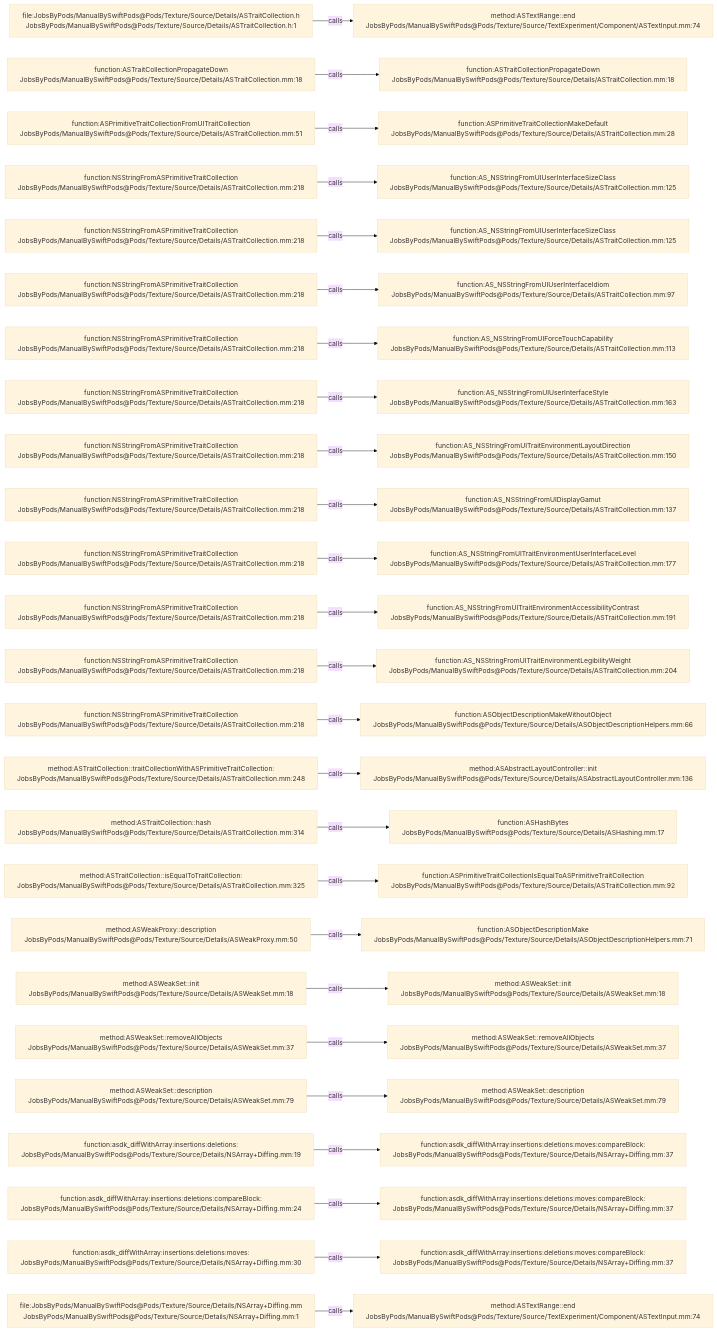
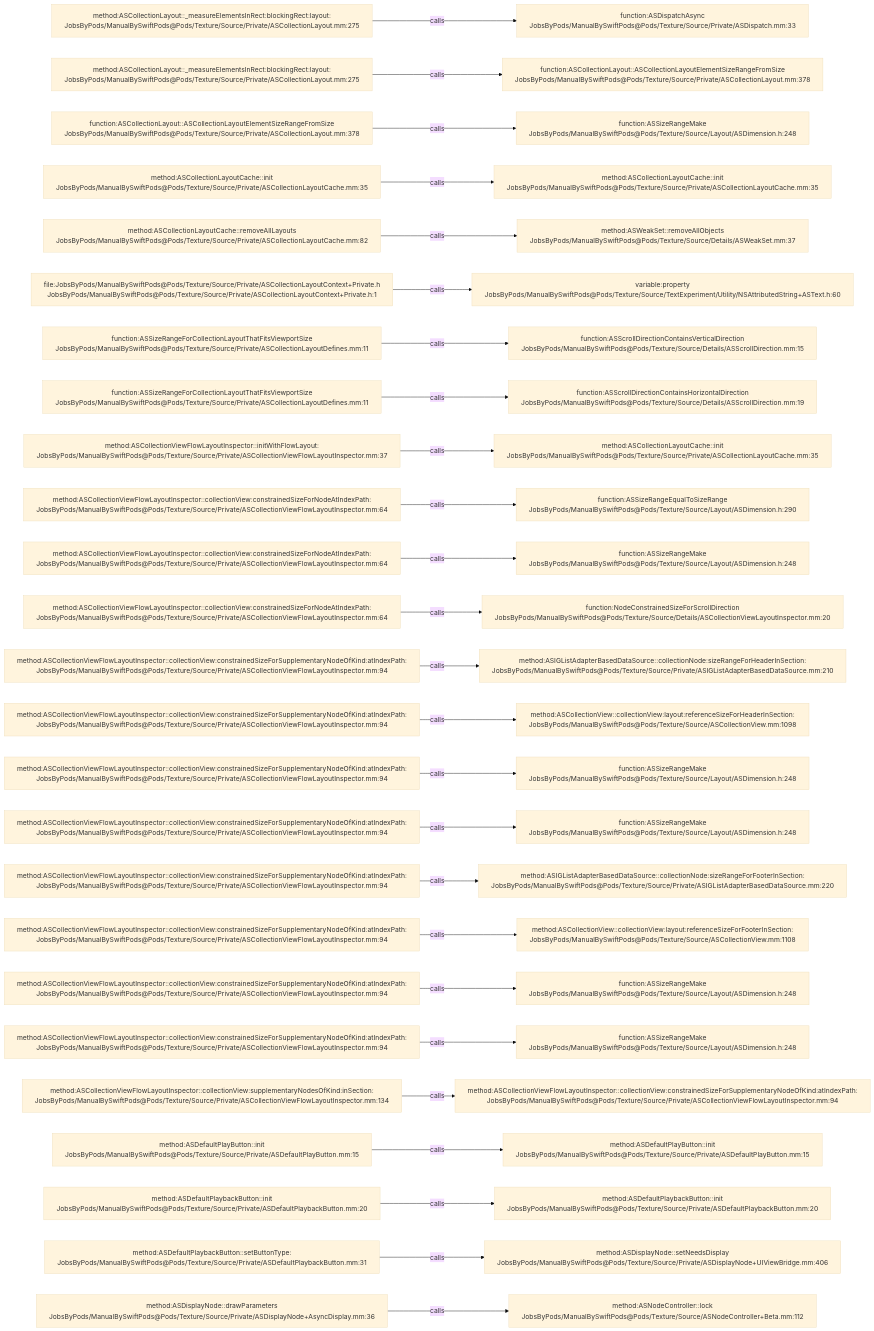
Before and after one commit to JobsKits/JobsSwiftBaseConfigDemo: the diagram in .codegraph/codegraph.md/graphs/calls-116.md, drawn with Mermaid (base theme). The commit also changed 832 other files, not shown here.

````diff
--- a/.codegraph/codegraph.md/graphs/calls-116.md
+++ b/.codegraph/codegraph.md/graphs/calls-116.md
@@ -13,78 +13,78 @@
 ```mermaid
 flowchart LR
-  S1["file:JobsByPods/ManualBySwiftPods@Pods/Texture/Source/Details/ASTraitCollection.h<br/>JobsByPods/ManualBySwiftPods@Pods/Texture/Source/Details/ASTraitCollection.h:1"]
-  T1["method:ASTextRange::end<br/>JobsByPods/ManualBySwiftPods@Pods/Texture/Source/TextExperiment/Component/ASTextInput.mm:74"]
+  S1["method:ASCollectionLayout::_measureElementsInRect:blockingRect:layout:<br/>JobsByPods/ManualBySwiftPods@Pods/Texture/Source/Private/ASCollectionLayout.mm:275"]
+  T1["function:ASDispatchAsync<br/>JobsByPods/ManualBySwiftPods@Pods/Texture/Source/Private/ASDispatch.mm:33"]
   S1 -->|calls| T1
-  S2["function:ASTraitCollectionPropagateDown<br/>JobsByPods/ManualBySwiftPods@Pods/Texture/Source/Details/ASTraitCollection.mm:18"]
-  T2["function:ASTraitCollectionPropagateDown<br/>JobsByPods/ManualBySwiftPods@Pods/Texture/Source/Details/ASTraitCollection.mm:18"]
+  S2["method:ASCollectionLayout::_measureElementsInRect:blockingRect:layout:<br/>JobsByPods/ManualBySwiftPods@Pods/Texture/Source/Private/ASCollectionLayout.mm:275"]
+  T2["function:ASCollectionLayout::ASCollectionLayoutElementSizeRangeFromSize<br/>JobsByPods/ManualBySwiftPods@Pods/Texture/Source/Private/ASCollectionLayout.mm:378"]
   S2 -->|calls| T2
-  S3["function:ASPrimitiveTraitCollectionFromUITraitCollection<br/>JobsByPods/ManualBySwiftPods@Pods/Texture/Source/Details/ASTraitCollection.mm:51"]
-  T3["function:ASPrimitiveTraitCollectionMakeDefault<br/>JobsByPods/ManualBySwiftPods@Pods/Texture/Source/Details/ASTraitCollection.mm:28"]
+  S3["function:ASCollectionLayout::ASCollectionLayoutElementSizeRangeFromSize<br/>JobsByPods/ManualBySwiftPods@Pods/Texture/Source/Private/ASCollectionLayout.mm:378"]
+  T3["function:ASSizeRangeMake<br/>JobsByPods/ManualBySwiftPods@Pods/Texture/Source/Layout/ASDimension.h:248"]
   S3 -->|calls| T3
-  S4["function:NSStringFromASPrimitiveTraitCollection<br/>JobsByPods/ManualBySwiftPods@Pods/Texture/Source/Details/ASTraitCollection.mm:218"]
-  T4["function:AS_NSStringFromUIUserInterfaceSizeClass<br/>JobsByPods/ManualBySwiftPods@Pods/Texture/Source/Details/ASTraitCollection.mm:125"]
+  S4["method:ASCollectionLayoutCache::init<br/>JobsByPods/ManualBySwiftPods@Pods/Texture/Source/Private/ASCollectionLayoutCache.mm:35"]
+  T4["method:ASCollectionLayoutCache::init<br/>JobsByPods/ManualBySwiftPods@Pods/Texture/Source/Private/ASCollectionLayoutCache.mm:35"]
   S4 -->|calls| T4
-  S5["function:NSStringFromASPrimitiveTraitCollection<br/>JobsByPods/ManualBySwiftPods@Pods/Texture/Source/Details/ASTraitCollection.mm:218"]
-  T5["function:AS_NSStringFromUIUserInterfaceSizeClass<br/>JobsByPods/ManualBySwiftPods@Pods/Texture/Source/Details/ASTraitCollection.mm:125"]
+  S5["method:ASCollectionLayoutCache::removeAllLayouts<br/>JobsByPods/ManualBySwiftPods@Pods/Texture/Source/Private/ASCollectionLayoutCache.mm:82"]
+  T5["method:ASWeakSet::removeAllObjects<br/>JobsByPods/ManualBySwiftPods@Pods/Texture/Source/Details/ASWeakSet.mm:37"]
   S5 -->|calls| T5
-  S6["function:NSStringFromASPrimitiveTraitCollection<br/>JobsByPods/ManualBySwiftPods@Pods/Texture/Source/Details/ASTraitCollection.mm:218"]
-  T6["function:AS_NSStringFromUIUserInterfaceIdiom<br/>JobsByPods/ManualBySwiftPods@Pods/Texture/Source/Details/ASTraitCollection.mm:97"]
+  S6["file:JobsByPods/ManualBySwiftPods@Pods/Texture/Source/Private/ASCollectionLayoutContext+Private.h<br/>JobsByPods/ManualBySwiftPods@Pods/Texture/Source/Private/ASCollectionLayoutContext+Private.h:1"]
+  T6["variable:property<br/>JobsByPods/ManualBySwiftPods@Pods/Texture/Source/TextExperiment/Utility/NSAttributedString+ASText.h:60"]
   S6 -->|calls| T6
-  S7["function:NSStringFromASPrimitiveTraitCollection<br/>JobsByPods/ManualBySwiftPods@Pods/Texture/Source/Details/ASTraitCollection.mm:218"]
-  T7["function:AS_NSStringFromUIForceTouchCapability<br/>JobsByPods/ManualBySwiftPods@Pods/Texture/Source/Details/ASTraitCollection.mm:113"]
+  S7["function:ASSizeRangeForCollectionLayoutThatFitsViewportSize<br/>JobsByPods/ManualBySwiftPods@Pods/Texture/Source/Private/ASCollectionLayoutDefines.mm:11"]
+  T7["function:ASScrollDirectionContainsVerticalDirection<br/>JobsByPods/ManualBySwiftPods@Pods/Texture/Source/Details/ASScrollDirection.mm:15"]
   S7 -->|calls| T7
-  S8["function:NSStringFromASPrimitiveTraitCollection<br/>JobsByPods/ManualBySwiftPods@Pods/Texture/Source/Details/ASTraitCollection.mm:218"]
-  T8["function:AS_NSStringFromUIUserInterfaceStyle<br/>JobsByPods/ManualBySwiftPods@Pods/Texture/Source/Details/ASTraitCollection.mm:163"]
+  S8["function:ASSizeRangeForCollectionLayoutThatFitsViewportSize<br/>JobsByPods/ManualBySwiftPods@Pods/Texture/Source/Private/ASCollectionLayoutDefines.mm:11"]
+  T8["function:ASScrollDirectionContainsHorizontalDirection<br/>JobsByPods/ManualBySwiftPods@Pods/Texture/Source/Details/ASScrollDirection.mm:19"]
   S8 -->|calls| T8
-  S9["function:NSStringFromASPrimitiveTraitCollection<br/>JobsByPods/ManualBySwiftPods@Pods/Texture/Source/Details/ASTraitCollection.mm:218"]
-  T9["function:AS_NSStringFromUITraitEnvironmentLayoutDirection<br/>JobsByPods/ManualBySwiftPods@Pods/Texture/Source/Details/ASTraitCollection.mm:150"]
+  S9["method:ASCollectionViewFlowLayoutInspector::initWithFlowLayout:<br/>JobsByPods/ManualBySwiftPods@Pods/Texture/Source/Private/ASCollectionViewFlowLayoutInspector.mm:37"]
+  T9["method:ASCollectionLayoutCache::init<br/>JobsByPods/ManualBySwiftPods@Pods/Texture/Source/Private/ASCollectionLayoutCache.mm:35"]
   S9 -->|calls| T9
-  S10["function:NSStringFromASPrimitiveTraitCollection<br/>JobsByPods/ManualBySwiftPods@Pods/Texture/Source/Details/ASTraitCollection.mm:218"]
-  T10["function:AS_NSStringFromUIDisplayGamut<br/>JobsByPods/ManualBySwiftPods@Pods/Texture/Source/Details/ASTraitCollection.mm:137"]
+  S10["method:ASCollectionViewFlowLayoutInspector::collectionView:constrainedSizeForNodeAtIndexPath:<br/>JobsByPods/ManualBySwiftPods@Pods/Texture/Source/Private/ASCollectionViewFlowLayoutInspector.mm:64"]
+  T10["function:ASSizeRangeEqualToSizeRange<br/>JobsByPods/ManualBySwiftPods@Pods/Texture/Source/Layout/ASDimension.h:290"]
   S10 -->|calls| T10
-  S11["function:NSStringFromASPrimitiveTraitCollection<br/>JobsByPods/ManualBySwiftPods@Pods/Texture/Source/Details/ASTraitCollection.mm:218"]
-  T11["function:AS_NSStringFromUITraitEnvironmentUserInterfaceLevel<br/>JobsByPods/ManualBySwiftPods@Pods/Texture/Source/Details/ASTraitCollection.mm:177"]
+  S11["method:ASCollectionViewFlowLayoutInspector::collectionView:constrainedSizeForNodeAtIndexPath:<br/>JobsByPods/ManualBySwiftPods@Pods/Texture/Source/Private/ASCollectionViewFlowLayoutInspector.mm:64"]
+  T11["function:ASSizeRangeMake<br/>JobsByPods/ManualBySwiftPods@Pods/Texture/Source/Layout/ASDimension.h:248"]
   S11 -->|calls| T11
-  S12["function:NSStringFromASPrimitiveTraitCollection<br/>JobsByPods/ManualBySwiftPods@Pods/Texture/Source/Details/ASTraitCollection.mm:218"]
-  T12["function:AS_NSStringFromUITraitEnvironmentAccessibilityContrast<br/>JobsByPods/ManualBySwiftPods@Pods/Texture/Source/Details/ASTraitCollection.mm:191"]
+  S12["method:ASCollectionViewFlowLayoutInspector::collectionView:constrainedSizeForNodeAtIndexPath:<br/>JobsByPods/ManualBySwiftPods@Pods/Texture/Source/Private/ASCollectionViewFlowLayoutInspector.mm:64"]
+  T12["function:NodeConstrainedSizeForScrollDirection<br/>JobsByPods/ManualBySwiftPods@Pods/Texture/Source/Details/ASCollectionViewLayoutInspector.mm:20"]
   S12 -->|calls| T12
-  S13["function:NSStringFromASPrimitiveTraitCollection<br/>JobsByPods/ManualBySwiftPods@Pods/Texture/Source/Details/ASTraitCollection.mm:218"]
-  T13["function:AS_NSStringFromUITraitEnvironmentLegibilityWeight<br/>JobsByPods/ManualBySwiftPods@Pods/Texture/Source/Details/ASTraitCollection.mm:204"]
+  S13["method:ASCollectionViewFlowLayoutInspector::collectionView:constrainedSizeForSupplementaryNodeOfKind:atIndexPath:<br/>JobsByPods/ManualBySwiftPods@Pods/Texture/Source/Private/ASCollectionViewFlowLayoutInspector.mm:94"]
+  T13["method:ASIGListAdapterBasedDataSource::collectionNode:sizeRangeForHeaderInSection:<br/>JobsByPods/ManualBySwiftPods@Pods/Texture/Source/Private/ASIGListAdapterBasedDataSource.mm:210"]
   S13 -->|calls| T13
-  S14["function:NSStringFromASPrimitiveTraitCollection<br/>JobsByPods/ManualBySwiftPods@Pods/Texture/Source/Details/ASTraitCollection.mm:218"]
-  T14["function:ASObjectDescriptionMakeWithoutObject<br/>JobsByPods/ManualBySwiftPods@Pods/Texture/Source/Details/ASObjectDescriptionHelpers.mm:66"]
+  S14["method:ASCollectionViewFlowLayoutInspector::collectionView:constrainedSizeForSupplementaryNodeOfKind:atIndexPath:<br/>JobsByPods/ManualBySwiftPods@Pods/Texture/Source/Private/ASCollectionViewFlowLayoutInspector.mm:94"]
+  T14["method:ASCollectionView::collectionView:layout:referenceSizeForHeaderInSection:<br/>JobsByPods/ManualBySwiftPods@Pods/Texture/Source/ASCollectionView.mm:1098"]
   S14 -->|calls| T14
-  S15["method:ASTraitCollection::traitCollectionWithASPrimitiveTraitCollection:<br/>JobsByPods/ManualBySwiftPods@Pods/Texture/Source/Details/ASTraitCollection.mm:248"]
-  T15["method:ASAbstractLayoutController::init<br/>JobsByPods/ManualBySwiftPods@Pods/Texture/Source/Details/ASAbstractLayoutController.mm:136"]
+  S15["method:ASCollectionViewFlowLayoutInspector::collectionView:constrainedSizeForSupplementaryNodeOfKind:atIndexPath:<br/>JobsByPods/ManualBySwiftPods@Pods/Texture/Source/Private/ASCollectionViewFlowLayoutInspector.mm:94"]
+  T15["function:ASSizeRangeMake<br/>JobsByPods/ManualBySwiftPods@Pods/Texture/Source/Layout/ASDimension.h:248"]
   S15 -->|calls| T15
-  S16["method:ASTraitCollection::hash<br/>JobsByPods/ManualBySwiftPods@Pods/Texture/Source/Details/ASTraitCollection.mm:314"]
-  T16["function:ASHashBytes<br/>JobsByPods/ManualBySwiftPods@Pods/Texture/Source/Details/ASHashing.mm:17"]
+  S16["method:ASCollectionViewFlowLayoutInspector::collectionView:constrainedSizeForSupplementaryNodeOfKind:atIndexPath:<br/>JobsByPods/ManualBySwiftPods@Pods/Texture/Source/Private/ASCollectionViewFlowLayoutInspector.mm:94"]
+  T16["function:ASSizeRangeMake<br/>JobsByPods/ManualBySwiftPods@Pods/Texture/Source/Layout/ASDimension.h:248"]
   S16 -->|calls| T16
-  S17["method:ASTraitCollection::isEqualToTraitCollection:<br/>JobsByPods/ManualBySwiftPods@Pods/Texture/Source/Details/ASTraitCollection.mm:325"]
-  T17["function:ASPrimitiveTraitCollectionIsEqualToASPrimitiveTraitCollection<br/>JobsByPods/ManualBySwiftPods@Pods/Texture/Source/Details/ASTraitCollection.mm:92"]
+  S17["method:ASCollectionViewFlowLayoutInspector::collectionView:constrainedSizeForSupplementaryNodeOfKind:atIndexPath:<br/>JobsByPods/ManualBySwiftPods@Pods/Texture/Source/Private/ASCollectionViewFlowLayoutInspector.mm:94"]
+  T17["method:ASIGListAdapterBasedDataSource::collectionNode:sizeRangeForFooterInSection:<br/>JobsByPods/ManualBySwiftPods@Pods/Texture/Source/Private/ASIGListAdapterBasedDataSource.mm:220"]
   S17 -->|calls| T17
-  S18["method:ASWeakProxy::description<br/>JobsByPods/ManualBySwiftPods@Pods/Texture/Source/Details/ASWeakProxy.mm:50"]
-  T18["function:ASObjectDescriptionMake<br/>JobsByPods/ManualBySwiftPods@Pods/Texture/Source/Details/ASObjectDescriptionHelpers.mm:71"]
+  S18["method:ASCollectionViewFlowLayoutInspector::collectionView:constrainedSizeForSupplementaryNodeOfKind:atIndexPath:<br/>JobsByPods/ManualBySwiftPods@Pods/Texture/Source/Private/ASCollectionViewFlowLayoutInspector.mm:94"]
+  T18["method:ASCollectionView::collectionView:layout:referenceSizeForFooterInSection:<br/>JobsByPods/ManualBySwiftPods@Pods/Texture/Source/ASCollectionView.mm:1108"]
   S18 -->|calls| T18
-  S19["method:ASWeakSet::init<br/>JobsByPods/ManualBySwiftPods@Pods/Texture/Source/Details/ASWeakSet.mm:18"]
-  T19["method:ASWeakSet::init<br/>JobsByPods/ManualBySwiftPods@Pods/Texture/Source/Details/ASWeakSet.mm:18"]
+  S19["method:ASCollectionViewFlowLayoutInspector::collectionView:constrainedSizeForSupplementaryNodeOfKind:atIndexPath:<br/>JobsByPods/ManualBySwiftPods@Pods/Texture/Source/Private/ASCollectionViewFlowLayoutInspector.mm:94"]
+  T19["function:ASSizeRangeMake<br/>JobsByPods/ManualBySwiftPods@Pods/Texture/Source/Layout/ASDimension.h:248"]
   S19 -->|calls| T19
-  S20["method:ASWeakSet::removeAllObjects<br/>JobsByPods/ManualBySwiftPods@Pods/Texture/Source/Details/ASWeakSet.mm:37"]
-  T20["method:ASWeakSet::removeAllObjects<br/>JobsByPods/ManualBySwiftPods@Pods/Texture/Source/Details/ASWeakSet.mm:37"]
+  S20["method:ASCollectionViewFlowLayoutInspector::collectionView:constrainedSizeForSupplementaryNodeOfKind:atIndexPath:<br/>JobsByPods/ManualBySwiftPods@Pods/Texture/Source/Private/ASCollectionViewFlowLayoutInspector.mm:94"]
+  T20["function:ASSizeRangeMake<br/>JobsByPods/ManualBySwiftPods@Pods/Texture/Source/Layout/ASDimension.h:248"]
   S20 -->|calls| T20
-  S21["method:ASWeakSet::description<br/>JobsByPods/ManualBySwiftPods@Pods/Texture/Source/Details/ASWeakSet.mm:79"]
-  T21["method:ASWeakSet::description<br/>JobsByPods/ManualBySwiftPods@Pods/Texture/Source/Details/ASWeakSet.mm:79"]
+  S21["method:ASCollectionViewFlowLayoutInspector::collectionView:supplementaryNodesOfKind:inSection:<br/>JobsByPods/ManualBySwiftPods@Pods/Texture/Source/Private/ASCollectionViewFlowLayoutInspector.mm:134"]
+  T21["method:ASCollectionViewFlowLayoutInspector::collectionView:constrainedSizeForSupplementaryNodeOfKind:atIndexPath:<br/>JobsByPods/ManualBySwiftPods@Pods/Texture/Source/Private/ASCollectionViewFlowLayoutInspector.mm:94"]
   S21 -->|calls| T21
-  S22["function:asdk_diffWithArray:insertions:deletions:<br/>JobsByPods/ManualBySwiftPods@Pods/Texture/Source/Details/NSArray+Diffing.mm:19"]
-  T22["function:asdk_diffWithArray:insertions:deletions:moves:compareBlock:<br/>JobsByPods/ManualBySwiftPods@Pods/Texture/Source/Details/NSArray+Diffing.mm:37"]
+  S22["method:ASDefaultPlayButton::init<br/>JobsByPods/ManualBySwiftPods@Pods/Texture/Source/Private/ASDefaultPlayButton.mm:15"]
+  T22["method:ASDefaultPlayButton::init<br/>JobsByPods/ManualBySwiftPods@Pods/Texture/Source/Private/ASDefaultPlayButton.mm:15"]
   S22 -->|calls| T22
-  S23["function:asdk_diffWithArray:insertions:deletions:compareBlock:<br/>JobsByPods/ManualBySwiftPods@Pods/Texture/Source/Details/NSArray+Diffing.mm:24"]
-  T23["function:asdk_diffWithArray:insertions:deletions:moves:compareBlock:<br/>JobsByPods/ManualBySwiftPods@Pods/Texture/Source/Details/NSArray+Diffing.mm:37"]
+  S23["method:ASDefaultPlaybackButton::init<br/>JobsByPods/ManualBySwiftPods@Pods/Texture/Source/Private/ASDefaultPlaybackButton.mm:20"]
+  T23["method:ASDefaultPlaybackButton::init<br/>JobsByPods/ManualBySwiftPods@Pods/Texture/Source/Private/ASDefaultPlaybackButton.mm:20"]
   S23 -->|calls| T23
-  S24["function:asdk_diffWithArray:insertions:deletions:moves:<br/>JobsByPods/ManualBySwiftPods@Pods/Texture/Source/Details/NSArray+Diffing.mm:30"]
-  T24["function:asdk_diffWithArray:insertions:deletions:moves:compareBlock:<br/>JobsByPods/ManualBySwiftPods@Pods/Texture/Source/Details/NSArray+Diffing.mm:37"]
+  S24["method:ASDefaultPlaybackButton::setButtonType:<br/>JobsByPods/ManualBySwiftPods@Pods/Texture/Source/Private/ASDefaultPlaybackButton.mm:31"]
+  T24["method:ASDisplayNode::setNeedsDisplay<br/>JobsByPods/ManualBySwiftPods@Pods/Texture/Source/Private/ASDisplayNode+UIViewBridge.mm:406"]
   S24 -->|calls| T24
-  S25["file:JobsByPods/ManualBySwiftPods@Pods/Texture/Source/Details/NSArray+Diffing.mm<br/>JobsByPods/ManualBySwiftPods@Pods/Texture/Source/Details/NSArray+Diffing.mm:1"]
-  T25["method:ASTextRange::end<br/>JobsByPods/ManualBySwiftPods@Pods/Texture/Source/TextExperiment/Component/ASTextInput.mm:74"]
+  S25["method:ASDisplayNode::drawParameters<br/>JobsByPods/ManualBySwiftPods@Pods/Texture/Source/Private/ASDisplayNode+AsyncDisplay.mm:36"]
+  T25["method:ASNodeController::lock<br/>JobsByPods/ManualBySwiftPods@Pods/Texture/Source/ASNodeController+Beta.mm:112"]
   S25 -->|calls| T25
 ```
````
